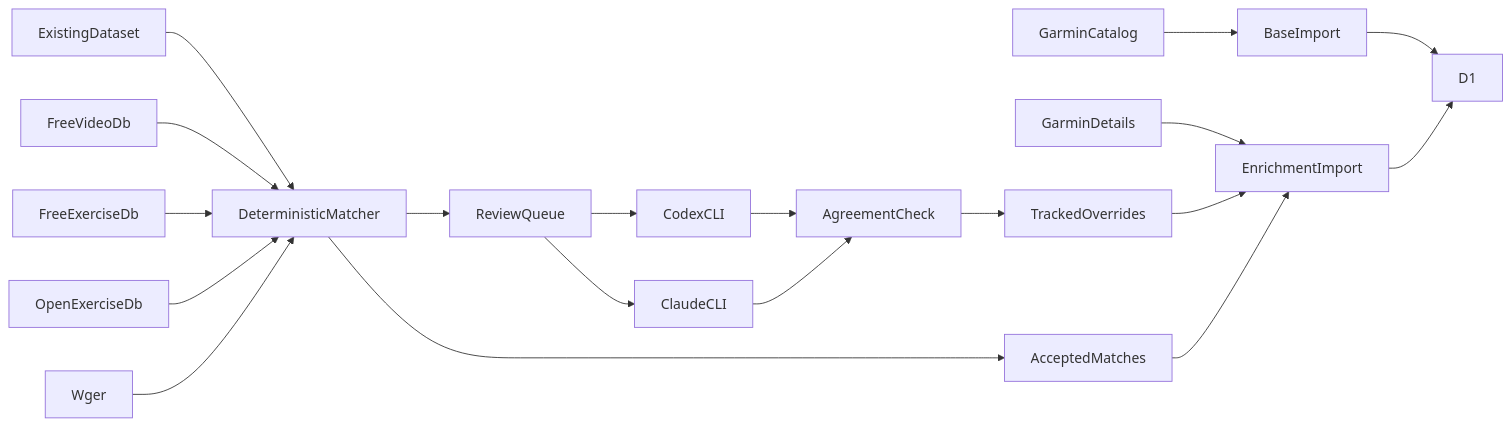
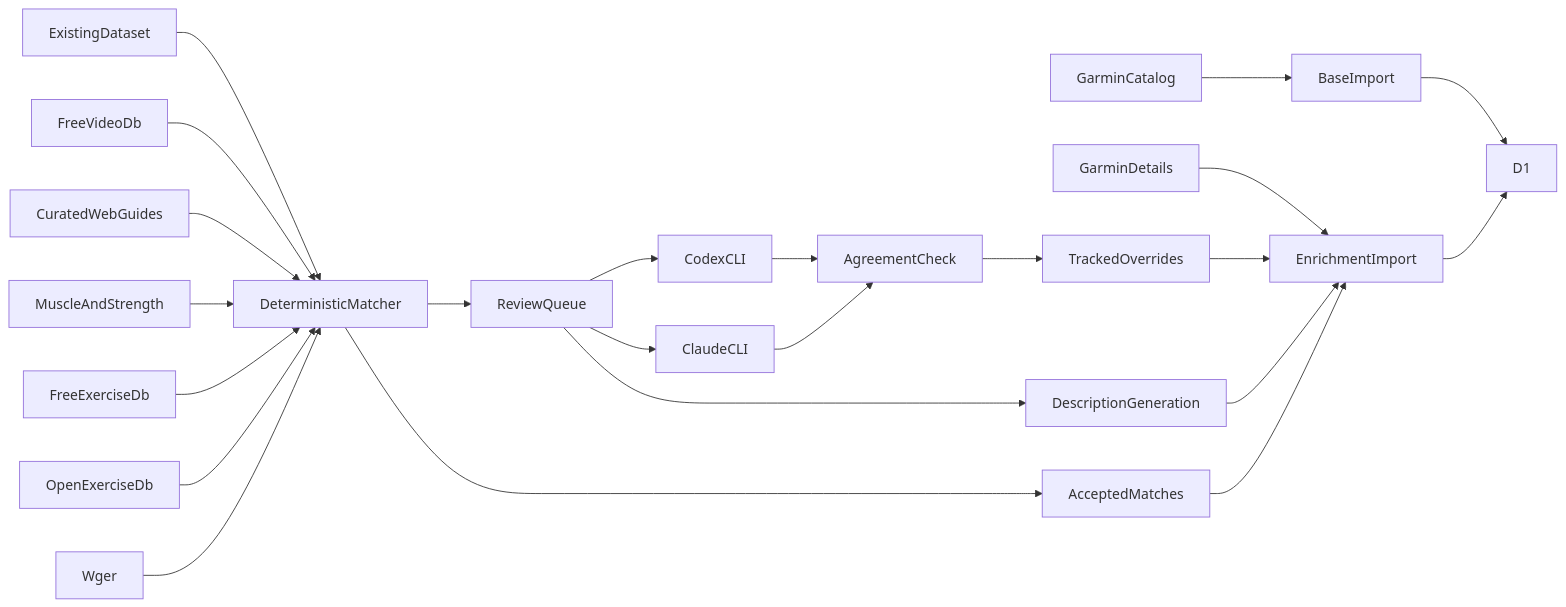
One commit to ballooncross/xiaomi changed the diagram in docs/exercise-enrichment.md. Above: the diagram before and after it, drawn with Mermaid. The commit also changed other lines of this file and 16 other files, not shown here.

````diff
--- a/docs/exercise-enrichment.md
+++ b/docs/exercise-enrichment.md
@@ -20,21 +23,25 @@
 ```mermaid
 flowchart LR
   GarminCatalog[GarminCatalog] --> BaseImport[BaseImport]
   GarminDetails[GarminDetails] --> Enrichment[EnrichmentImport]
   ExistingDataset[ExistingDataset] --> Matcher[DeterministicMatcher]
   FreeVideoDb[FreeVideoDb] --> Matcher
+  CuratedGuides[CuratedWebGuides] --> Matcher
+  MuscleStrength[MuscleAndStrength] --> Matcher
   FreeExerciseDb[FreeExerciseDb] --> Matcher
   OpenExerciseDb[OpenExerciseDb] --> Matcher
   Wger[Wger] --> Matcher
   Matcher --> Accepted[AcceptedMatches]
   Matcher --> ReviewQueue[ReviewQueue]
   ReviewQueue --> CodexCli[CodexCLI]
   ReviewQueue --> ClaudeCli[ClaudeCLI]
   CodexCli --> Agreement[AgreementCheck]
   ClaudeCli --> Agreement
   Agreement --> Overrides[TrackedOverrides]
   Overrides --> Enrichment
+  ReviewQueue --> DescriptionGeneration[DescriptionGeneration]
+  DescriptionGeneration --> Enrichment
   BaseImport --> D1[D1]
   Accepted --> Enrichment
   Enrichment --> D1
 ```
````
